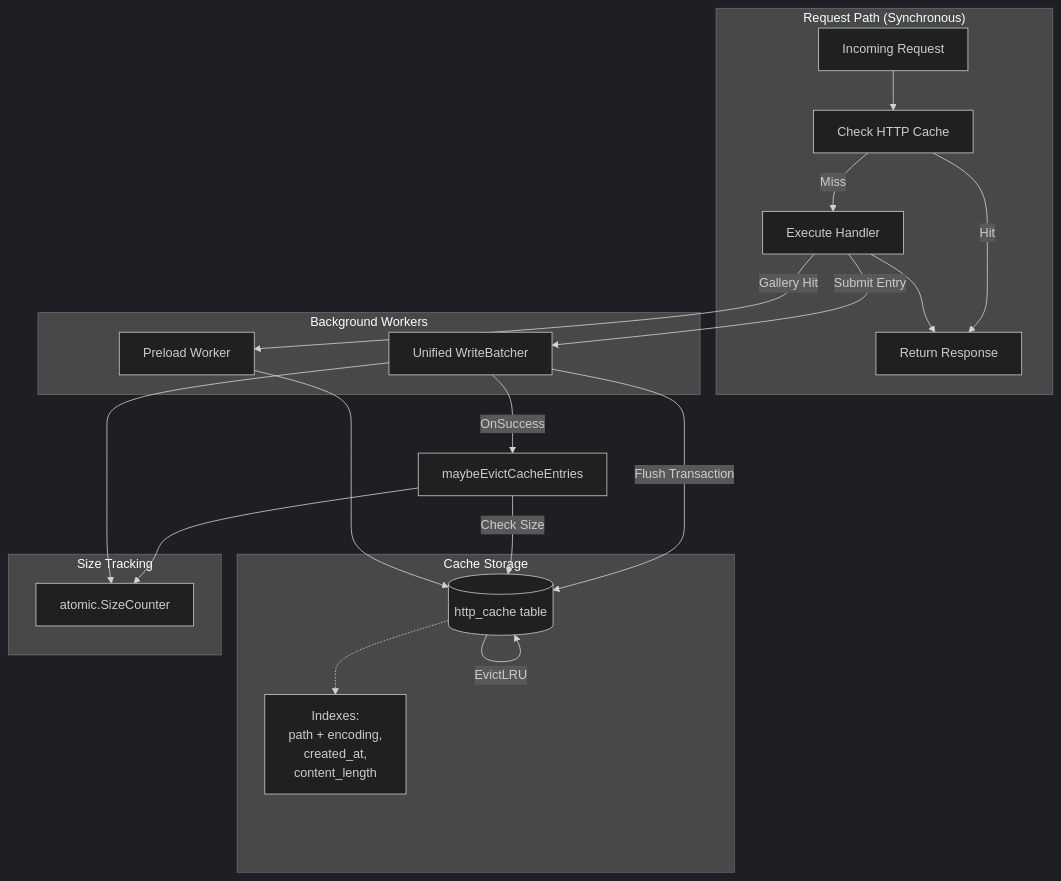
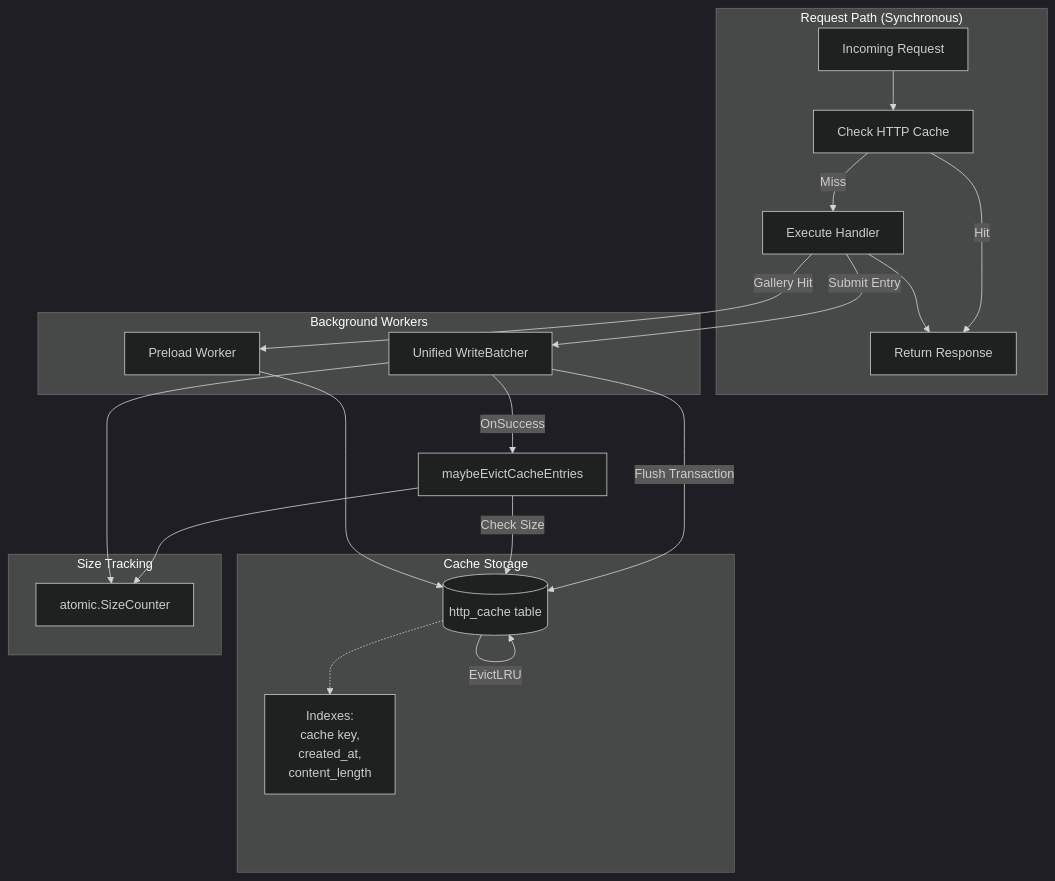
The tenth of 20 diagrams in docs/ARCHITECTURE.md (lbe/sfpg-go), drawn with Mermaid (dark theme) before and after one commit. The commit also changed other lines of this file and 247 other files, not shown here.

````diff
--- a/docs/ARCHITECTURE.md
+++ b/docs/ARCHITECTURE.md
@@ -655,41 +659,41 @@
 ```mermaid
 graph TB
     subgraph "Request Path (Synchronous)"
         Request[Incoming Request]
         CacheCheck[Check HTTP Cache]
         Handler[Execute Handler]
         Response[Return Response]
     end
 
     subgraph "Background Workers"
         Batcher[Unified WriteBatcher]
         Preload[Preload Worker]
     end
 
     subgraph "Cache Storage"
         CacheDB[(http_cache table)]
-        Indexes[Indexes:<br/>path + encoding,<br/>created_at,<br/>content_length]
+        Indexes[Indexes:<br/>cache key,<br/>created_at,<br/>content_length]
     end
 
     subgraph "Size Tracking"
         AtomicCounter[atomic.SizeCounter]
     end
 
     Request --> CacheCheck
     CacheCheck -->|Hit| Response
     CacheCheck -->|Miss| Handler
     Handler -->|Submit Entry| Batcher
     Handler -->|Gallery Hit| Preload
     Handler --> Response
 
     Batcher -->|Flush Transaction| CacheDB
     Batcher -->|OnSuccess| Evict
     Evict[maybeEvictCacheEntries] -->|Check Size| CacheDB
     CacheDB -->|EvictLRU| CacheDB
     Evict --> AtomicCounter
     Batcher --> AtomicCounter
 
     Preload --> CacheDB
 
     CacheDB -.-> Indexes
 ```
````
